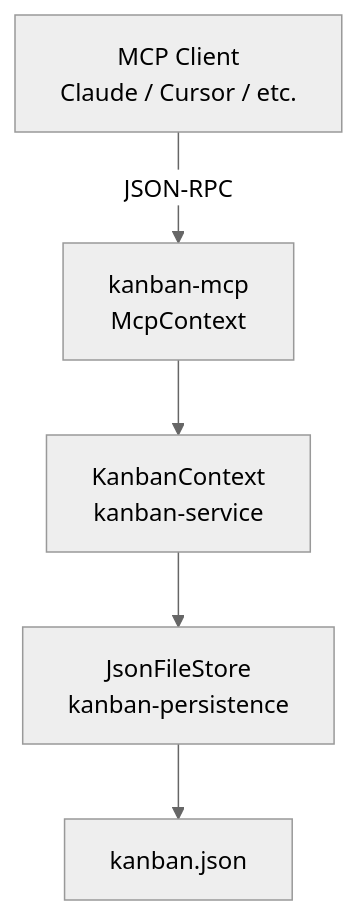
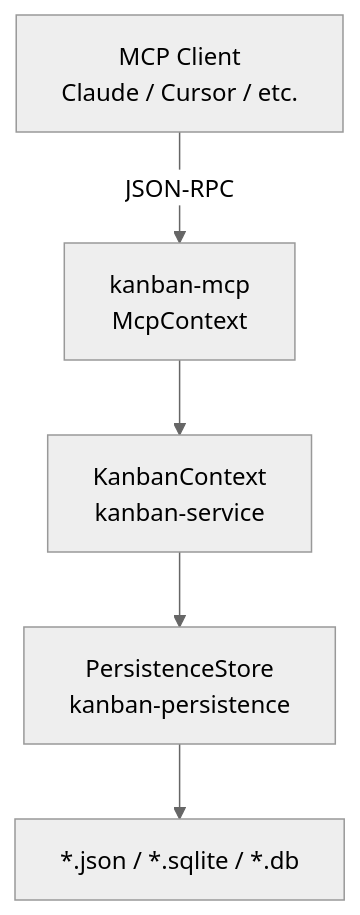
Before and after one commit to fulsomenko/kanban: the diagram in crates/kanban-mcp/README.md, drawn with Mermaid (neutral theme). The commit also changed 85 other files, not shown here.

First line of the commit message:
KAN-159/implement-sqlite-storage-backend (#151)

````diff
--- a/crates/kanban-mcp/README.md
+++ b/crates/kanban-mcp/README.md
@@ -11,7 +11,7 @@
 ```mermaid
 graph TD
     CLIENT[MCP Client<br/>Claude / Cursor / etc.] -->|JSON-RPC| MCP[kanban-mcp<br/>McpContext]
     MCP --> SVC[KanbanContext<br/>kanban-service]
-    SVC --> STORE[JsonFileStore<br/>kanban-persistence]
-    STORE --> FILE[kanban.json]
+    SVC --> STORE[PersistenceStore<br/>kanban-persistence]
+    STORE --> STORAGE[*.json / *.sqlite / *.db]
 ```
````
